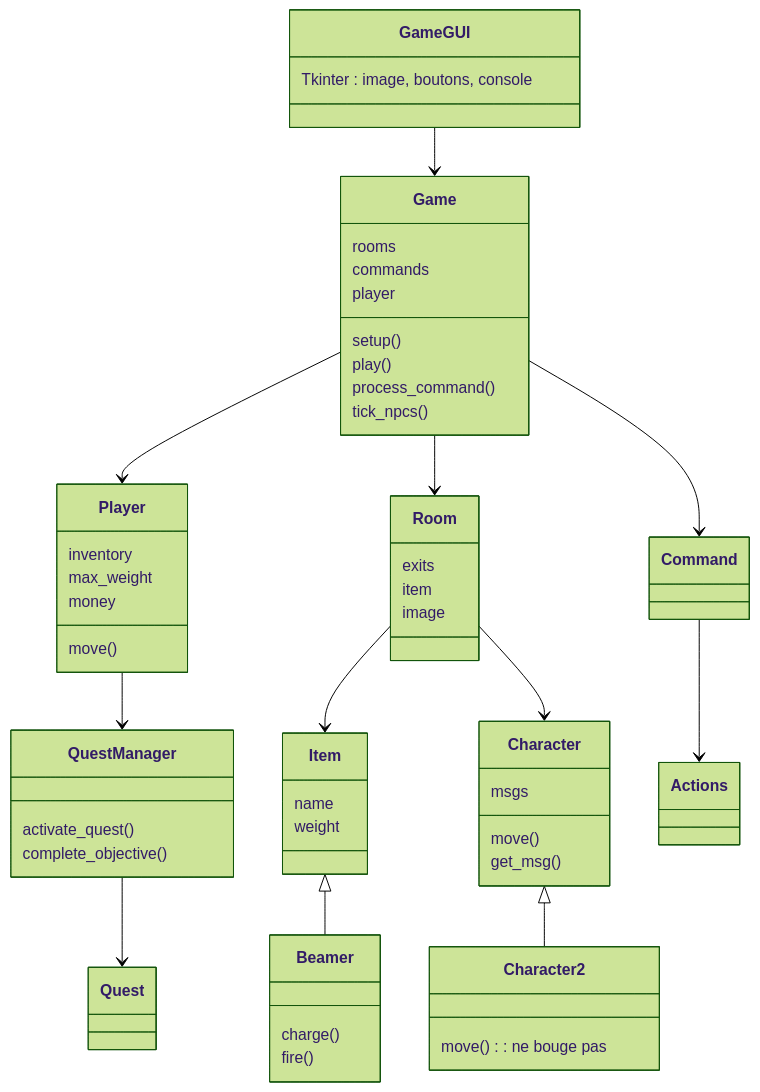
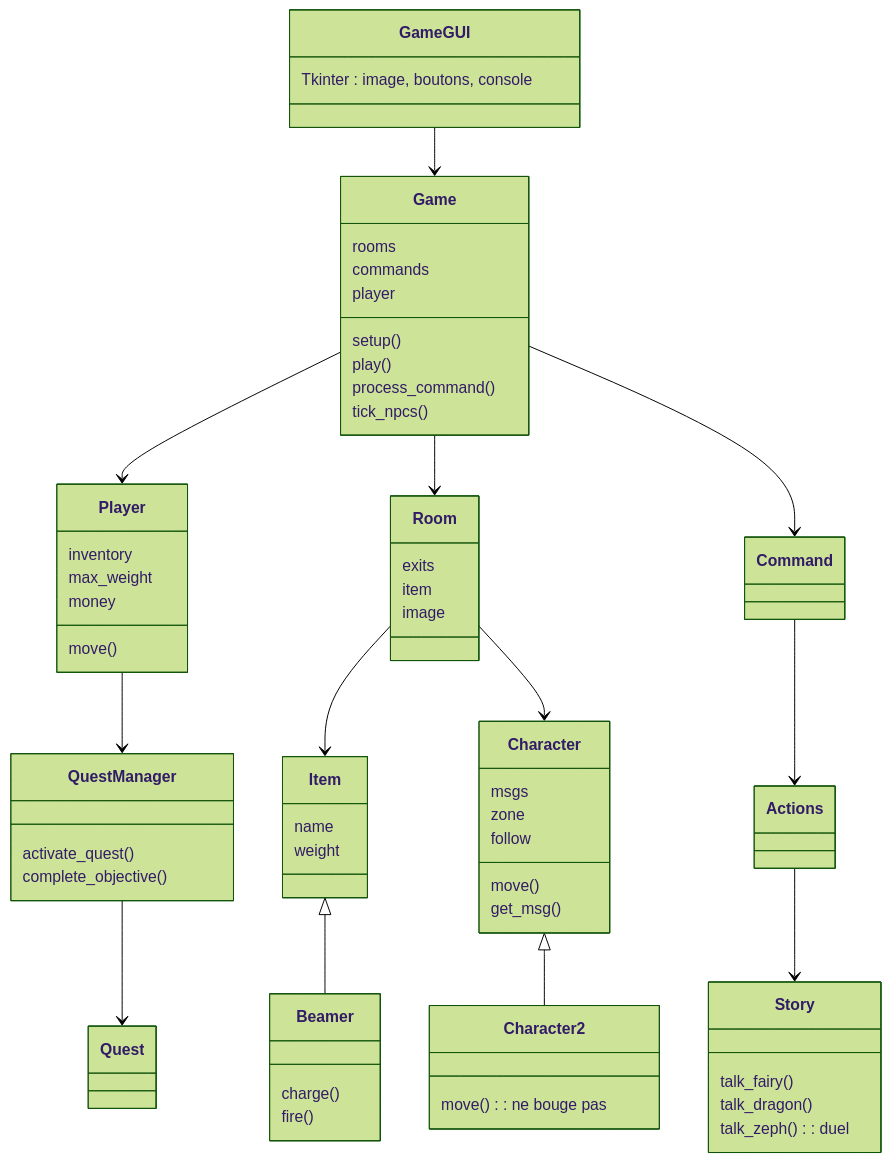
The second of 2 diagrams in README.md (berenice-bettinger/Projet-Jeu-Textuel-Python-Hazefairy-cloud-), drawn with Mermaid (forest theme) before and after one commit. The commit also changed other lines of this file and 6 other files, not shown here.

First line of the commit message:
Ajoute la fée, le prince dragon, le duel contre Zeph et le mariage final

````diff
--- a/README.md
+++ b/README.md
@@ -122,61 +125,69 @@
 ```mermaid
 classDiagram
     class Game {
         rooms
         commands
         player
         setup()
         play()
         process_command()
         tick_npcs()
     }
     class GameGUI {
         Tkinter : image, boutons, console
     }
     class Player {
         inventory
         max_weight
         money
         move()
     }
     class Room {
         exits
         item
         image
     }
     class Item {
         name
         weight
     }
     class Beamer {
         charge()
         fire()
     }
     class Character {
         msgs
+        zone
+        follow
         move()
         get_msg()
     }
     class Character2 {
         move() : ne bouge pas
     }
     class QuestManager {
         activate_quest()
         complete_objective()
     }
     class Quest
     class Command
     class Actions
+    class Story {
+        talk_fairy()
+        talk_dragon()
+        talk_zeph() : duel
+    }
 
     GameGUI --> Game
     Game --> Player
     Game --> Room
     Game --> Command
     Command --> Actions
+    Actions --> Story
     Player --> QuestManager
     QuestManager --> Quest
     Room --> Item
     Room --> Character
     Item <|-- Beamer
     Character <|-- Character2
 ```
````
